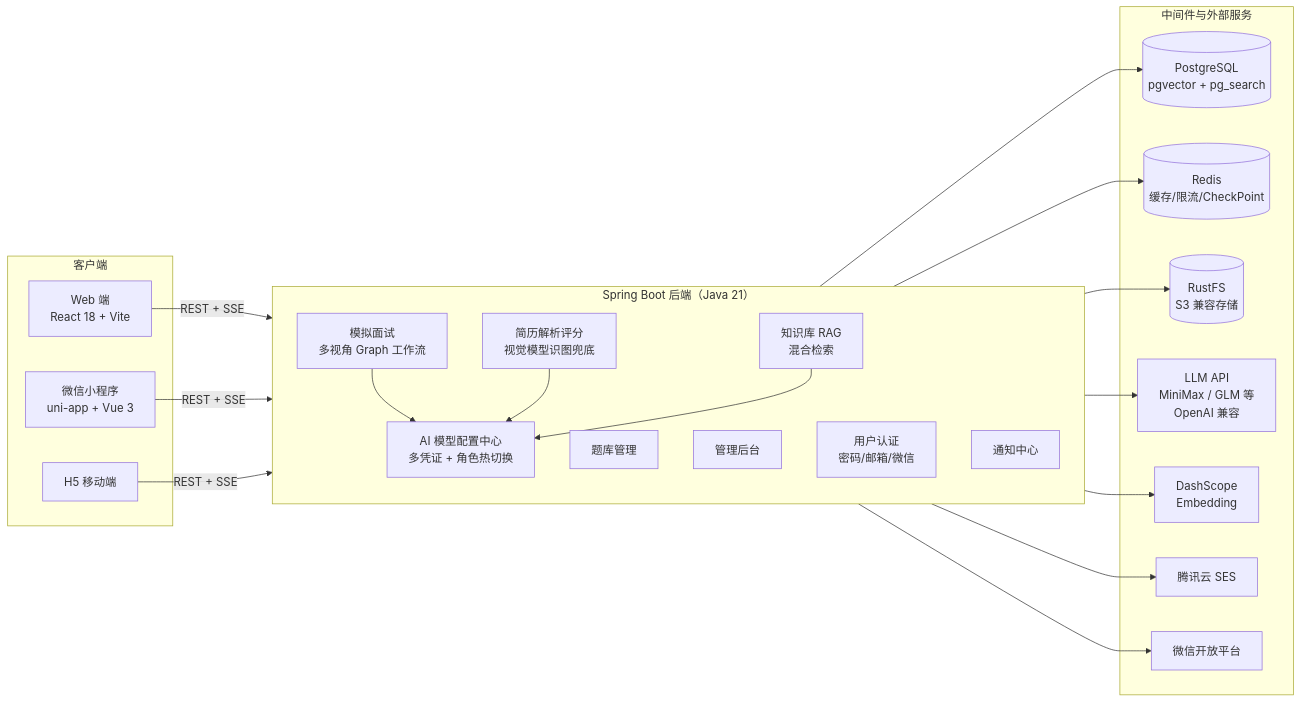
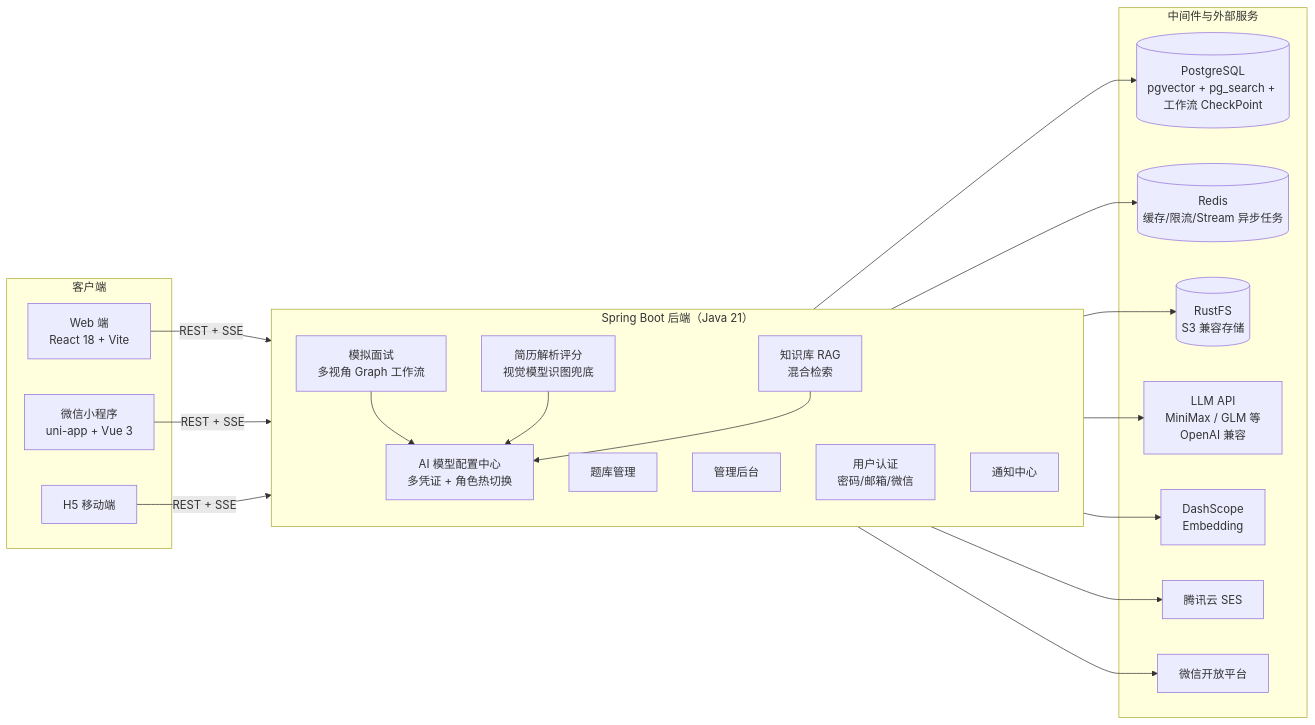
The diagram in README.md (risetodance/interview-agent), drawn with Mermaid before and after one commit. The commit also changed other lines of this file and 6 other files, not shown here.

````diff
--- a/README.md
+++ b/README.md
@@ -32,46 +45,46 @@
 ```mermaid
 flowchart LR
     subgraph clients["客户端"]
         WEB["Web 端<br/>React 18 + Vite"]
         MP["微信小程序<br/>uni-app + Vue 3"]
         H5["H5 移动端"]
     end
 
     subgraph backend["Spring Boot 后端（Java 21）"]
         direction TB
         INTERVIEW["模拟面试<br/>多视角 Graph 工作流"]
         RESUME["简历解析评分<br/>视觉模型识图兜底"]
         KB["知识库 RAG<br/>混合检索"]
         QUESTION["题库管理"]
         ADMIN["管理后台"]
         AUTH["用户认证<br/>密码/邮箱/微信"]
         NOTIFY["通知中心"]
         AIMODEL["AI 模型配置中心<br/>多凭证 + 角色热切换"]
     end
 
     subgraph infra["中间件与外部服务"]
-        PG[("PostgreSQL<br/>pgvector + pg_search")]
-        REDIS[("Redis<br/>缓存/限流/CheckPoint")]
+        PG[("PostgreSQL<br/>pgvector + pg_search + 工作流 CheckPoint")]
+        REDIS[("Redis<br/>缓存/限流/Stream 异步任务")]
         S3[("RustFS<br/>S3 兼容存储")]
         LLM["LLM API<br/>MiniMax / GLM 等<br/>OpenAI 兼容"]
         EMB["DashScope<br/>Embedding"]
         SES["腾讯云 SES"]
         WX["微信开放平台"]
     end
 
     WEB -->|"REST + SSE"| backend
     MP -->|"REST + SSE"| backend
     H5 -->|"REST + SSE"| backend
 
     INTERVIEW --> AIMODEL
     RESUME --> AIMODEL
     KB --> AIMODEL
     AIMODEL --> LLM
     KB --> EMB
     AUTH --> SES
     AUTH --> WX
 
     backend --> PG
     backend --> REDIS
     backend --> S3
 ```
````
